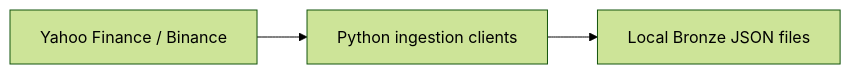
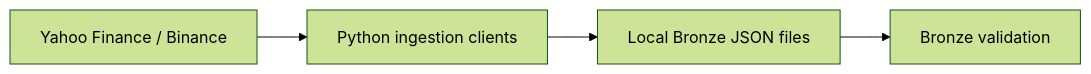
Before and after one commit to minhphamnhat95/Portfolio-DataFlow: the diagram in README.md, drawn with Mermaid (forest theme). The commit also changed other lines of this file and 13 other files, not shown here.

Commit message:
Add feature: Bronze Data Validation

````diff
--- a/README.md
+++ b/README.md
@@ -5,5 +5,6 @@
 ```mermaid
 flowchart LR
   A[Yahoo Finance / Binance] --> B[Python ingestion clients]
   B --> C[Local Bronze JSON files]
+  C --> D[Bronze validation]
 ```
````
